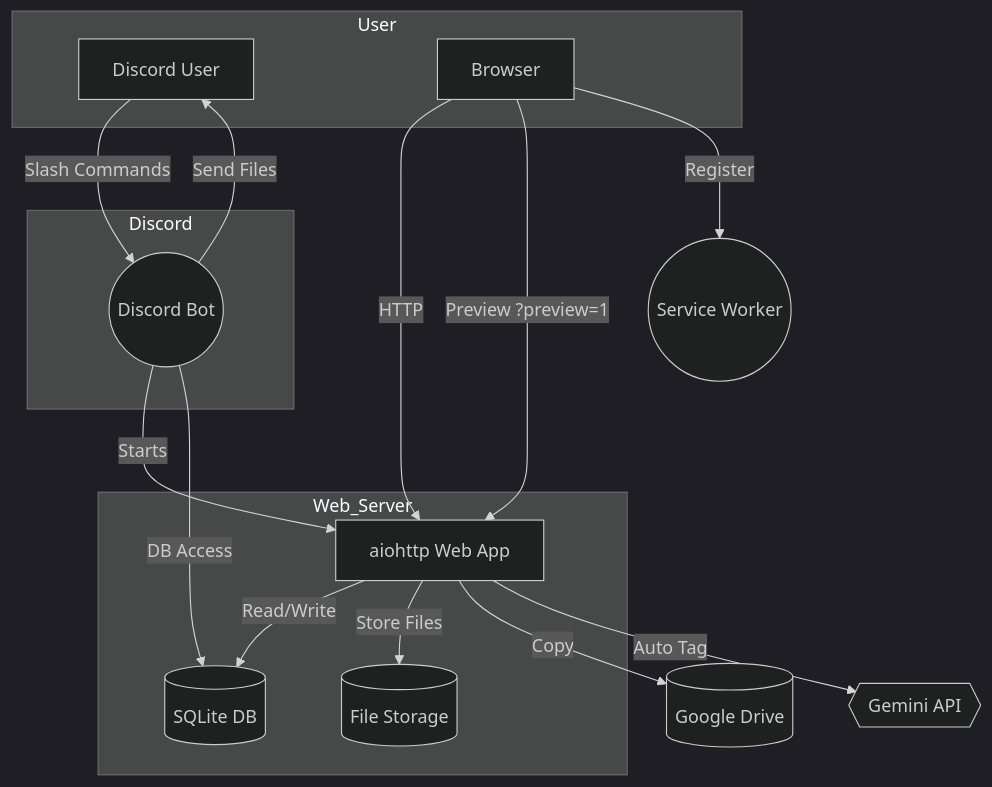
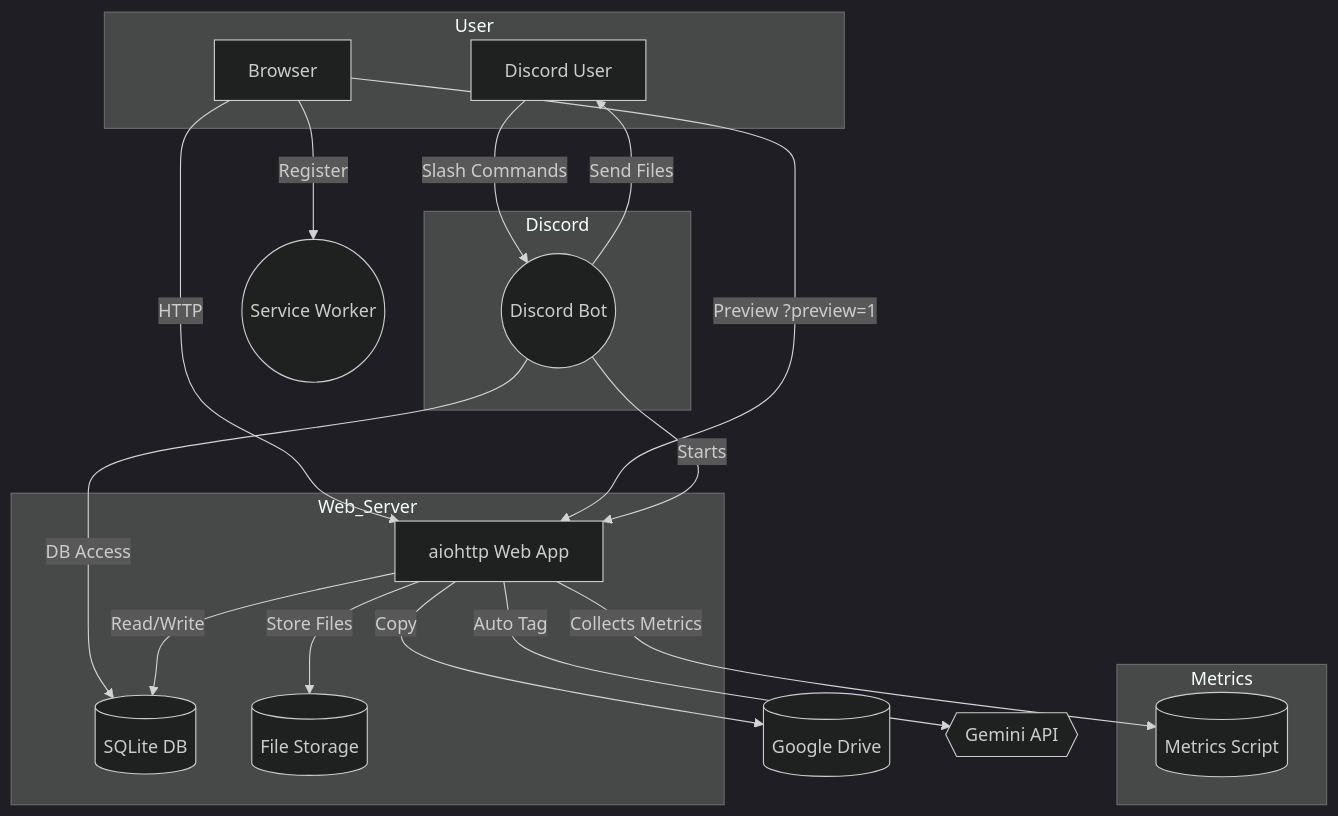
Before and after one commit to 5h1gerun/web_discord_server: the diagram in docs/architecture.mmd, drawn with Mermaid. The commit also changed 9 other files, not shown here.

```diff
--- a/docs/architecture.mmd
+++ b/docs/architecture.mmd
@@ -1,30 +1,34 @@
 %%{init: {'theme': 'dark'}}%%
 %% Web Dcloud Server System Overview
 graph TD
     subgraph User
         A[Discord User]
         B[Browser]
     end
     subgraph Discord
         Bot((Discord Bot))
     end
     subgraph Web_Server
         Web[aiohttp Web App]
         DB[(SQLite DB)]
         Files[(File Storage)]
     end
     SW((Service Worker))
     Drive[(Google Drive)]
     Gemini{{Gemini API}}
 
     A --"Slash Commands"--> Bot
     B --"HTTP"--> Web
     B --"Preview ?preview=1"--> Web
     B --"Register"--> SW
     Bot --"Starts"--> Web
     Bot --"DB Access"--> DB
     Web --"Read/Write"--> DB
     Web --"Store Files"--> Files
     Web --"Copy"--> Drive
     Web --"Auto Tag"--> Gemini
     Bot --"Send Files"--> A
+    subgraph Metrics
+        M[(Metrics Script)]
+    end
+    Web --"Collects Metrics"--> M
```
